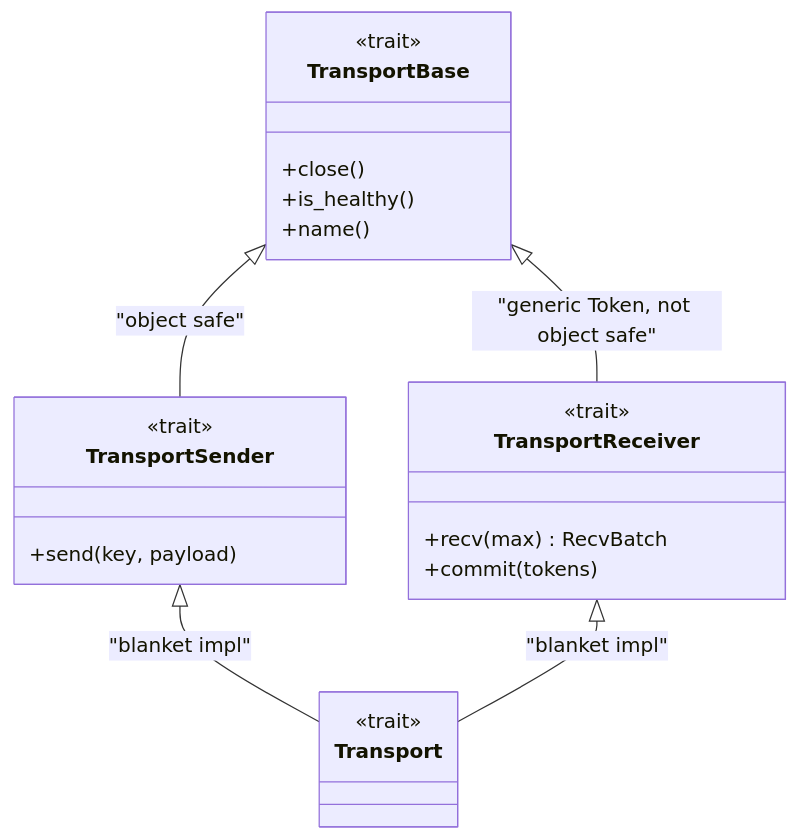
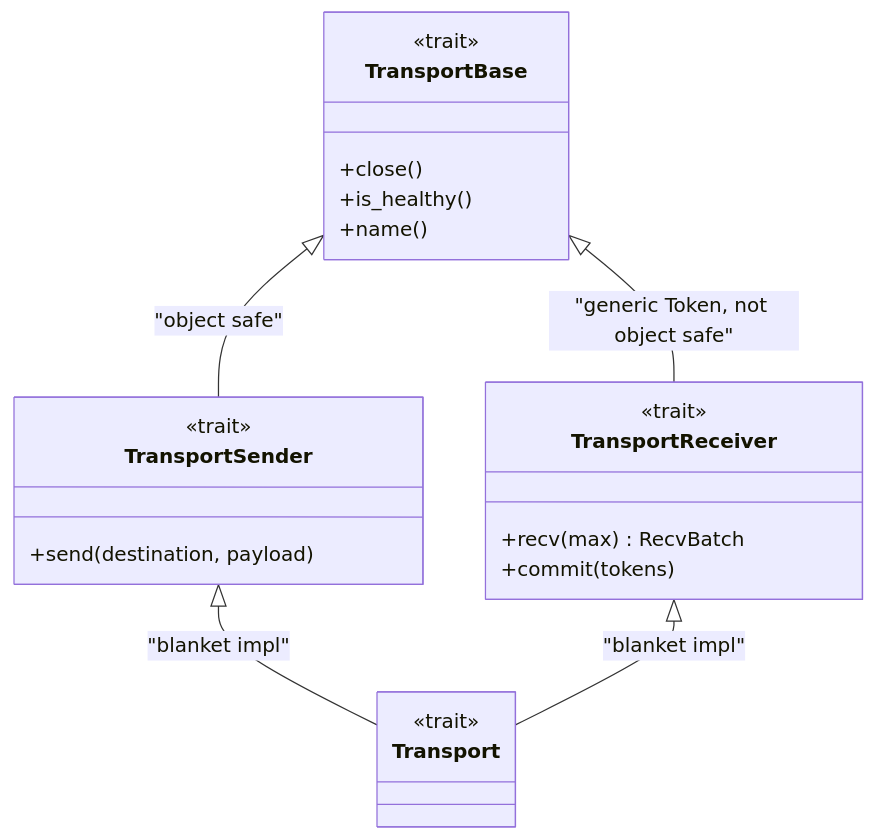
One commit to hyperi-io/scalo-rs changed the diagram in docs/transport/README.md. Above: the diagram before and after it, drawn with Mermaid. The commit also changed other lines of this file and 15 other files, not shown here.

First line of the commit message:
fix: name the send() parameter what it is -- a destination, not a key

````diff
--- a/docs/transport/README.md
+++ b/docs/transport/README.md
@@ -16,25 +16,25 @@
 ```mermaid
 classDiagram
     class TransportBase {
         <<trait>>
         +close()
         +is_healthy()
         +name()
     }
     class TransportSender {
         <<trait>>
-        +send(key, payload)
+        +send(destination, payload)
     }
     class TransportReceiver {
         <<trait>>
         +recv(max) RecvBatch
         +commit(tokens)
     }
     class Transport {
         <<trait>>
     }
     TransportBase <|-- TransportSender : "object safe"
     TransportBase <|-- TransportReceiver : "generic Token, not object safe"
     TransportSender <|-- Transport : "blanket impl"
     TransportReceiver <|-- Transport : "blanket impl"
 ```
````
